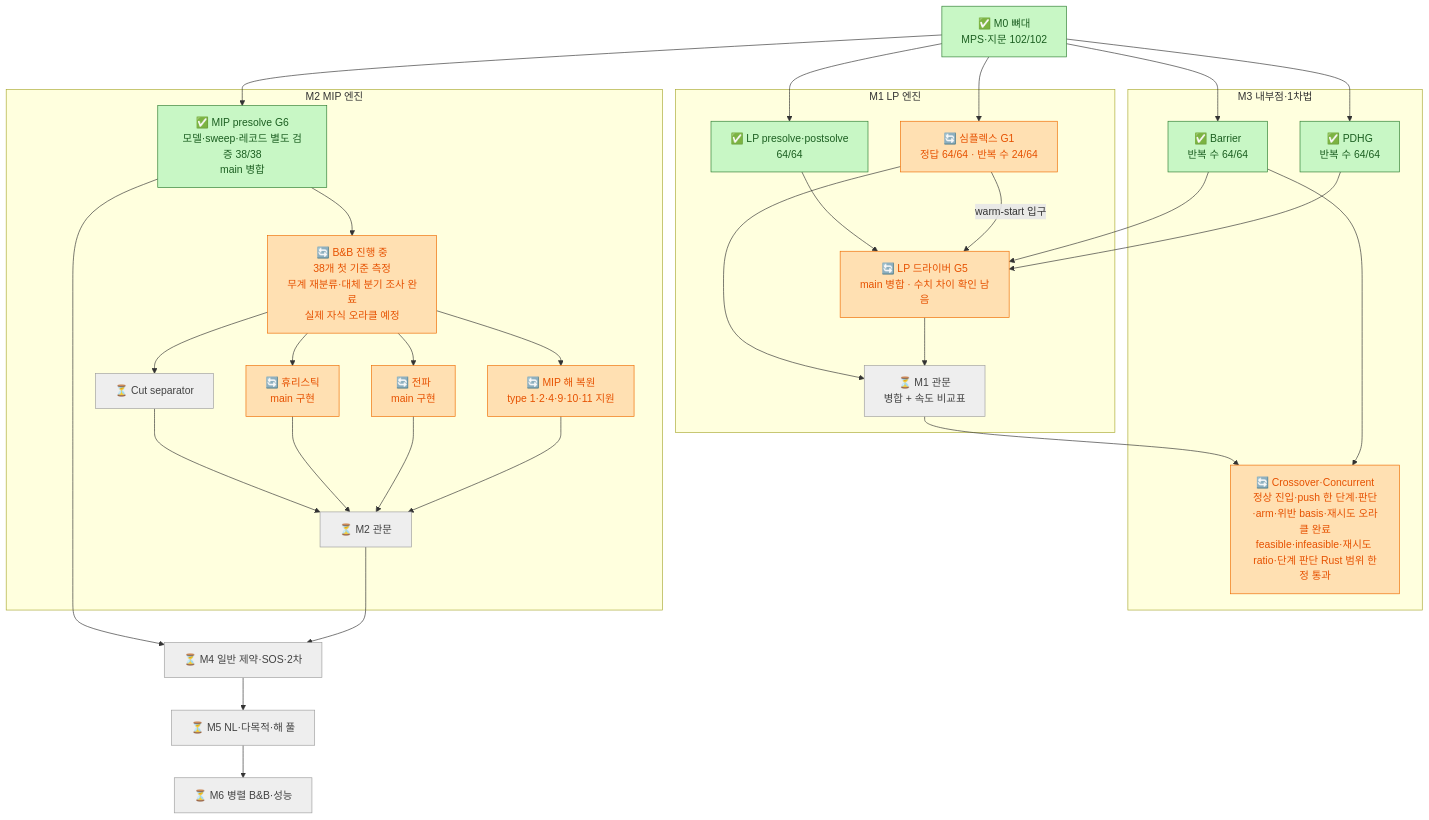
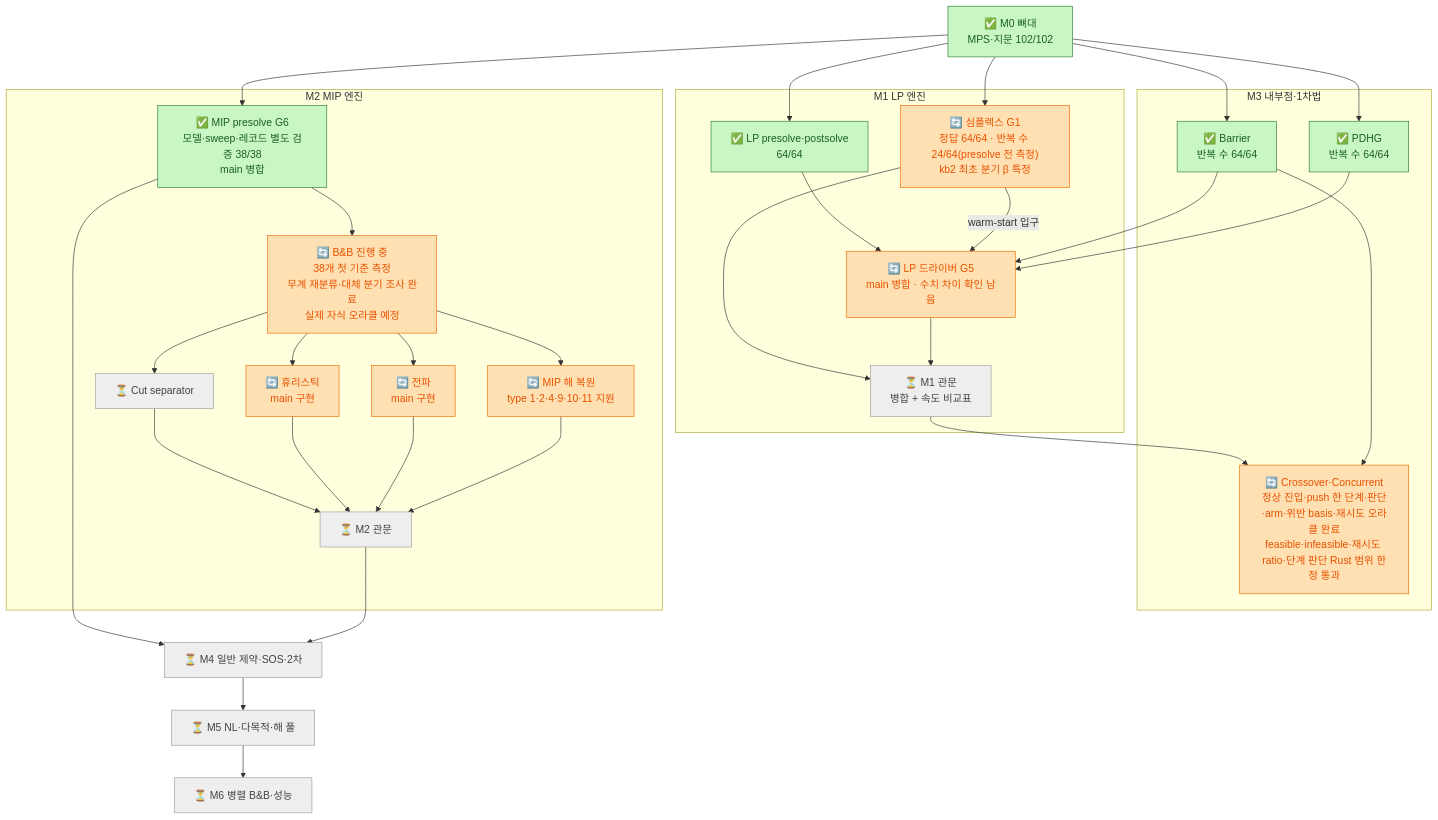
The diagram in docs/12_roadmap_diagram.md (kjh278231/kerobi), drawn with Mermaid before and after one commit. The commit also changed other lines of this file and 3 other files, not shown here.

````diff
--- a/docs/12_roadmap_diagram.md
+++ b/docs/12_roadmap_diagram.md
@@ -61,49 +63,49 @@
 ```mermaid
 flowchart TD
     classDef done fill:#c8f7c5,stroke:#2e7d32,color:#1b5e20
     classDef doing fill:#ffe0b2,stroke:#ef6c00,color:#e65100
     classDef pending fill:#bbdefb,stroke:#1565c0,color:#0d47a1
     classDef todo fill:#eeeeee,stroke:#9e9e9e,color:#424242
 
     M0["✅ M0 뼈대<br/>MPS·지문 102/102"]:::done
 
     subgraph M1["M1 LP 엔진"]
         PRE["✅ LP presolve·postsolve<br/>64/64"]:::done
-        SPX["🔄 심플렉스 G1<br/>정답 64/64 · 반복 수 24/64"]:::doing
+        SPX["🔄 심플렉스 G1<br/>정답 64/64 · 반복 수 24/64(presolve 전 측정)<br/>kb2 최초 분기 β 특정"]:::doing
         DRV["🔄 LP 드라이버 G5<br/>main 병합 · 수치 차이 확인 남음"]:::doing
         GATE1["⏳ M1 관문<br/>병합 + 속도 비교표"]:::todo
     end
 
     subgraph M3["M3 내부점·1차법"]
         BAR["✅ Barrier<br/>반복 수 64/64"]:::done
         PDHG["✅ PDHG<br/>반복 수 64/64"]:::done
         XO["🔄 Crossover·Concurrent<br/>정상 진입·push 한 단계·판단·arm·위반 basis·재시도 오라클 완료<br/>feasible·infeasible·재시도 ratio·단계 판단 Rust 범위 한정 통과"]:::doing
     end
 
     subgraph M2["M2 MIP 엔진"]
         MPRE["✅ MIP presolve G6<br/>모델·sweep·레코드 별도 검증 38/38<br/>main 병합"]:::done
         BNB["🔄 B&B 진행 중<br/>38개 첫 기준 측정<br/>무계 재분류·대체 분기 조사 완료<br/>실제 자식 오라클 예정"]:::doing
         CUT["⏳ Cut separator"]:::todo
         HEU["🔄 휴리스틱<br/>main 구현"]:::doing
         PROP["🔄 전파<br/>main 구현"]:::doing
         POST["🔄 MIP 해 복원<br/>type 1·2·4·9·10·11 지원"]:::doing
         GATE2["⏳ M2 관문"]:::todo
     end
 
     M4["⏳ M4 일반 제약·SOS·2차"]:::todo
     M5["⏳ M5 NL·다목적·해 풀"]:::todo
     M6["⏳ M6 병렬 B&B·성능"]:::todo
 
     M0 --> PRE & SPX & BAR & PDHG & MPRE
     PRE --> DRV
     BAR & PDHG --> DRV
     SPX -- "warm-start 입구" --> DRV
     SPX & DRV --> GATE1
     GATE1 --> XO
     BAR --> XO
     MPRE --> BNB
     BNB --> CUT & HEU & PROP & POST
     CUT & HEU & PROP & POST --> GATE2
     MPRE --> M4
     GATE2 --> M4 --> M5 --> M6
 ```
````
